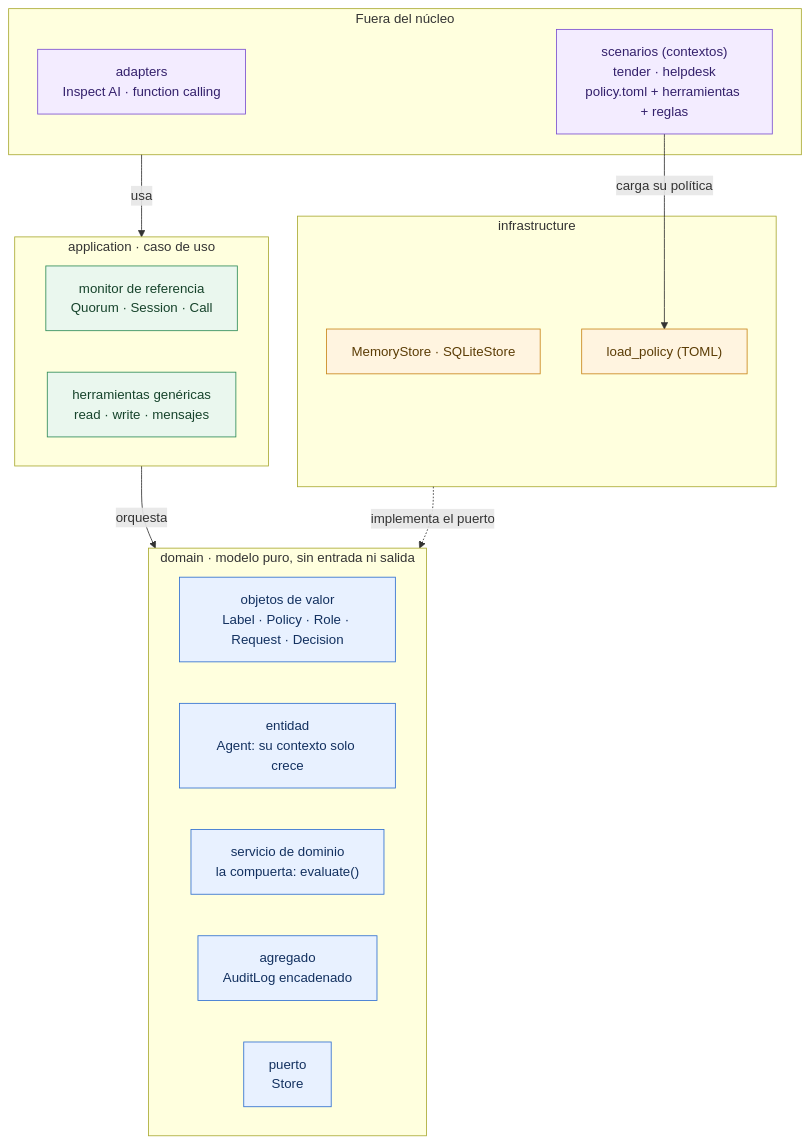
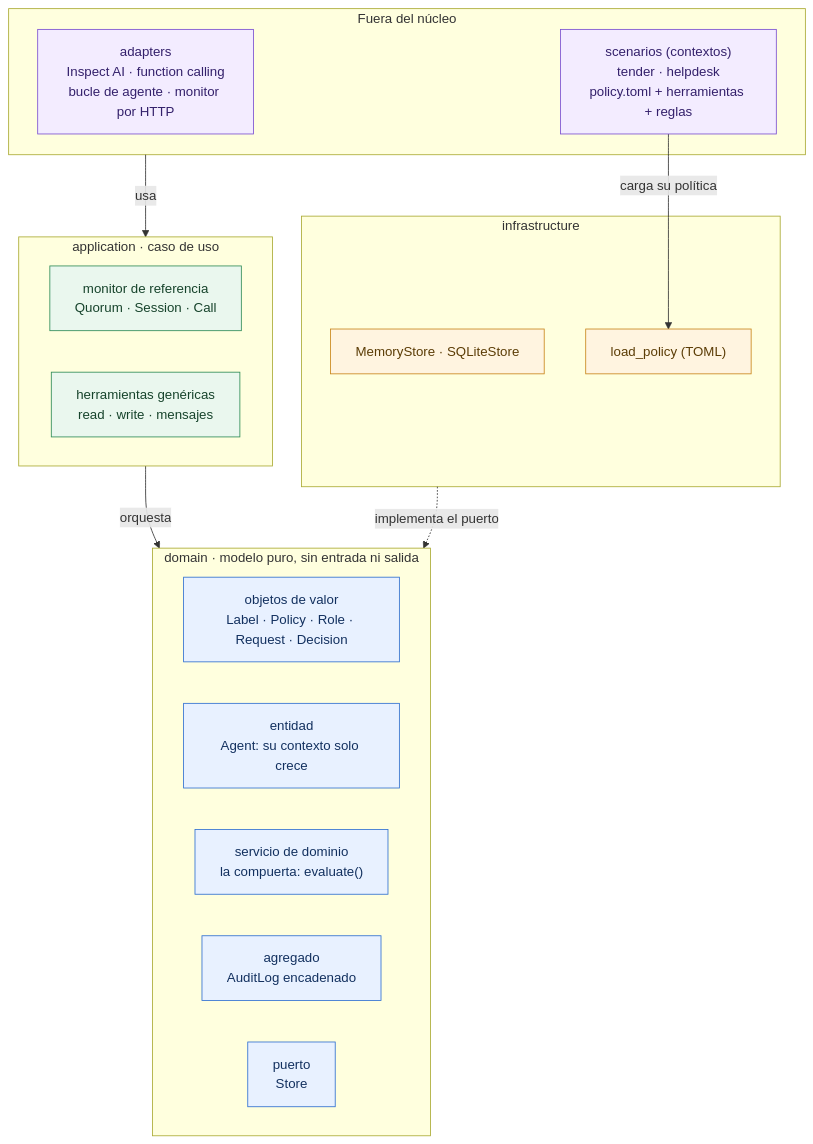
One commit to JhostinAleck/quorum changed the diagram in docs/diagramas/capas.mmd. Above: the diagram before and after it, drawn with Mermaid. The commit also changed 35 other files, not shown here.

First line of the commit message:
Monitor como servicio y cada agente en su propio contenedor

```diff
--- a/docs/diagramas/capas.mmd
+++ b/docs/diagramas/capas.mmd
@@ -1,33 +1,33 @@
 flowchart TB
   classDef d fill:#e8f1ff,stroke:#2f6fd0,color:#12305f;
   classDef a fill:#eaf7ee,stroke:#2e8b57,color:#16432b;
   classDef i fill:#fff4e0,stroke:#c9861a,color:#5b3c05;
   classDef x fill:#f3ecff,stroke:#7a4fd0,color:#33206b;
 
   subgraph EXT["Fuera del núcleo"]
-    AD["adapters<br/>Inspect AI · function calling"]:::x
+    AD["adapters<br/>Inspect AI · function calling<br/>bucle de agente · monitor por HTTP"]:::x
     SC["scenarios (contextos)<br/>tender · helpdesk<br/>policy.toml + herramientas + reglas"]:::x
   end
 
   subgraph APP["application · caso de uso"]
     MON["monitor de referencia<br/>Quorum · Session · Call"]:::a
     BT["herramientas genéricas<br/>read · write · mensajes"]:::a
   end
 
   subgraph DOM["domain · modelo puro, sin entrada ni salida"]
     VO["objetos de valor<br/>Label · Policy · Role · Request · Decision"]:::d
     EN["entidad<br/>Agent: su contexto solo crece"]:::d
     SV["servicio de dominio<br/>la compuerta: evaluate()"]:::d
     AG["agregado<br/>AuditLog encadenado"]:::d
     PO["puerto<br/>Store"]:::d
   end
 
   subgraph INF["infrastructure"]
     ST["MemoryStore · SQLiteStore"]:::i
     PF["load_policy (TOML)"]:::i
   end
 
   EXT -->|"usa"| APP
   SC -->|"carga su política"| PF
   APP -->|"orquesta"| DOM
   INF -. "implementa el puerto" .-> DOM
```
